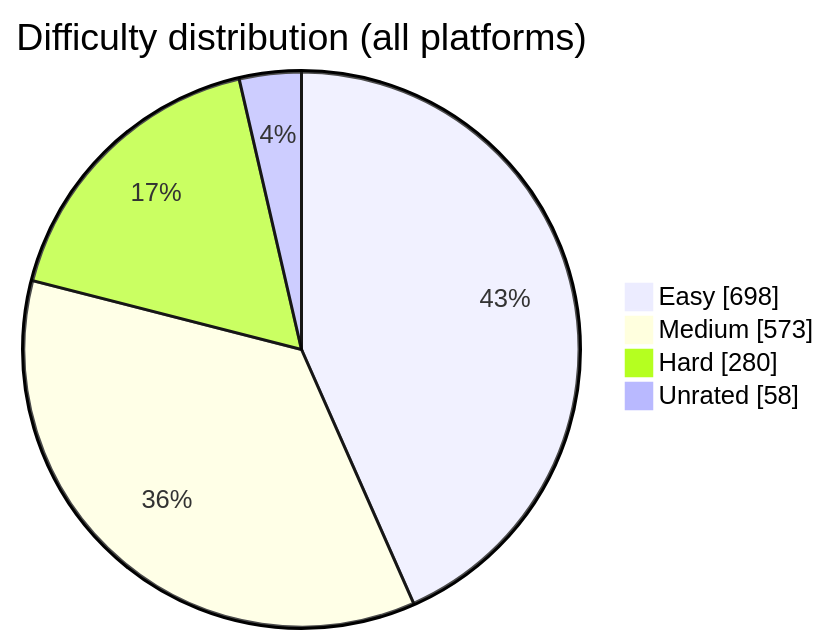
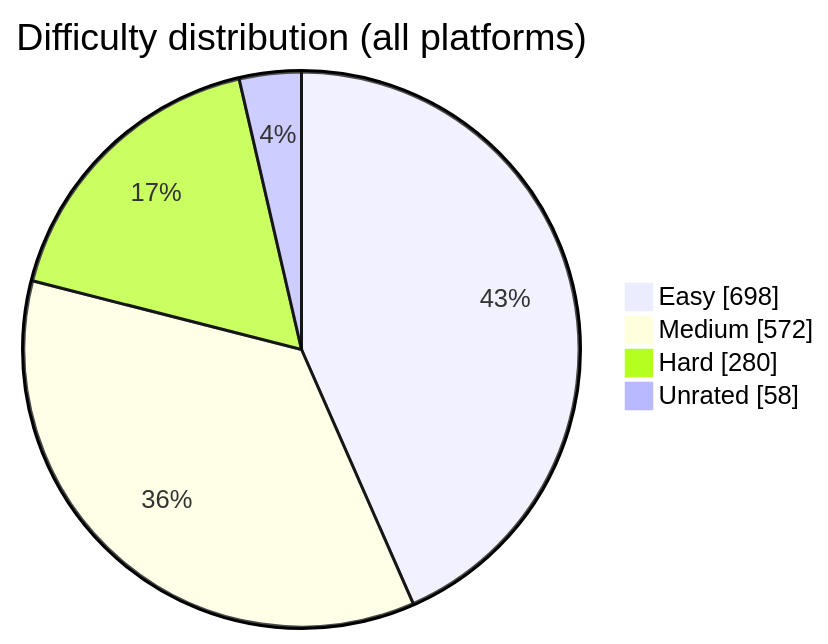
The diagram in README.md (BuildbyArindam/Daily-Coding-Log), drawn with Mermaid before and after one commit. The commit also changed other lines of this file, not shown here.

````diff
--- a/README.md
+++ b/README.md
@@ -93,7 +93,7 @@
 ```mermaid
 pie showData title Difficulty distribution (all platforms)
     "Easy" : 698
-    "Medium" : 573
+    "Medium" : 572
     "Hard" : 280
     "Unrated" : 58
 ```
````
